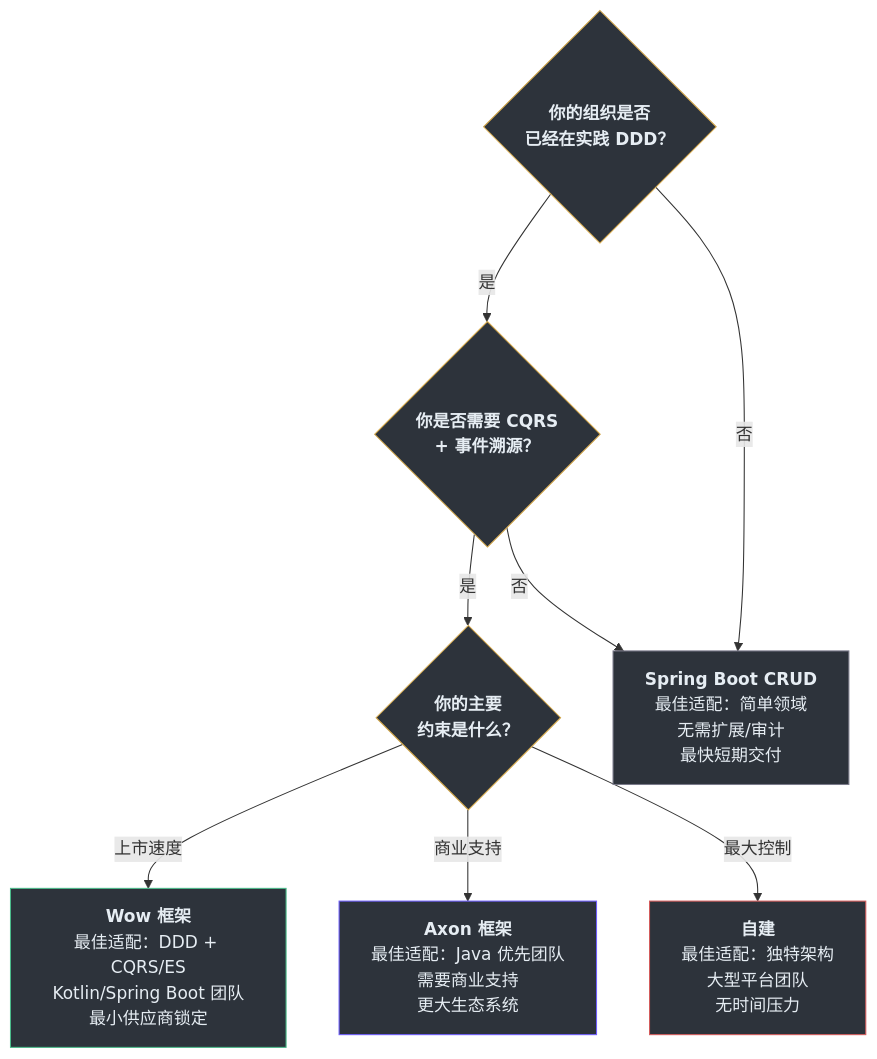
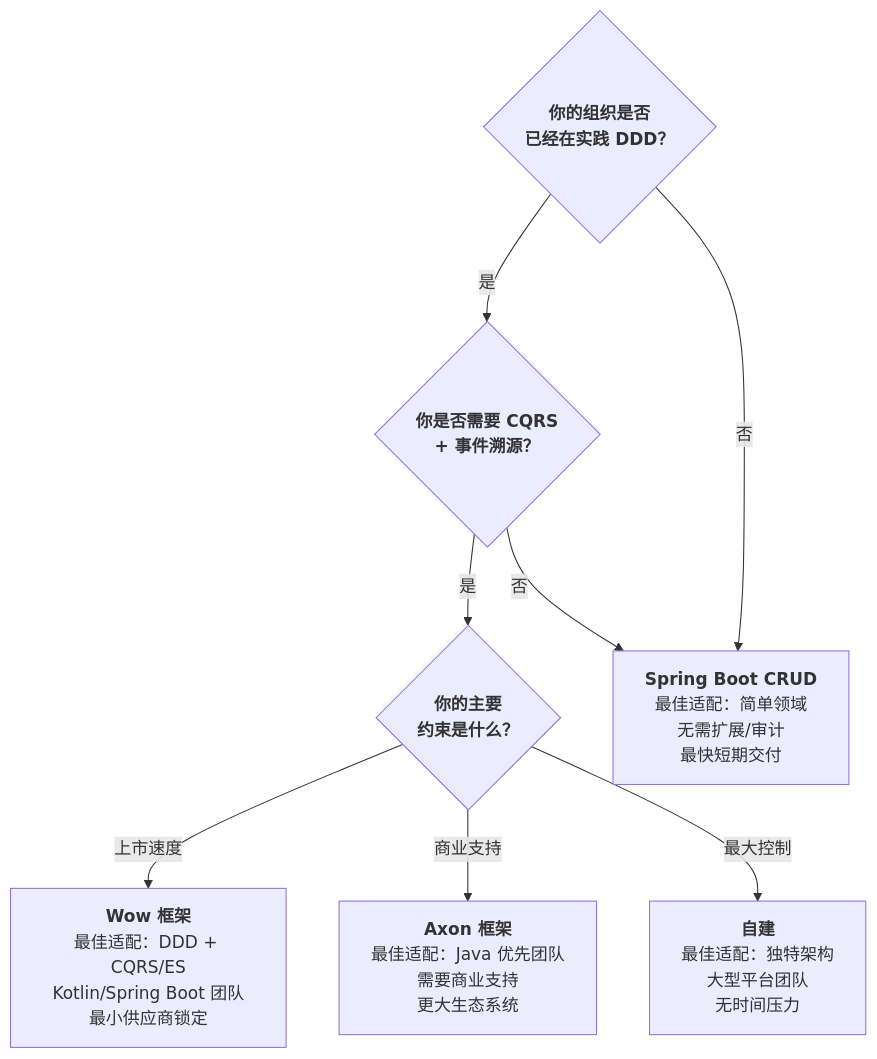
Before and after one commit to Ahoo-Wang/Wow: the sixth of 7 diagrams in documentation/docs/zh/onboarding/executive-guide.md, drawn with Mermaid. The commit also changed other lines of this file and 32 other files, not shown here.

Commit message:
docs: remove unsupported style/classDef directives from stateDiagram-v2 Mermaid blocks

````diff
--- a/documentation/docs/zh/onboarding/executive-guide.md
+++ b/documentation/docs/zh/onboarding/executive-guide.md
@@ -414,26 +370,19 @@
 ```mermaid
 flowchart TD
     Q1{"<b>你的组织是否<br>已经在实践 DDD？</b>"}
     Q2{"<b>你是否需要 CQRS<br>+ 事件溯源？</b>"}
     Q3{"<b>你的主要<br>约束是什么？</b>"}
     R_WOW["<b>Wow 框架</b><br>最佳适配：DDD + CQRS/ES<br>Kotlin/Spring Boot 团队<br>最小供应商锁定"]
     R_AXON["<b>Axon 框架</b><br>最佳适配：Java 优先团队<br>需要商业支持<br>更大生态系统"]
     R_BUILD["<b>自建</b><br>最佳适配：独特架构<br>大型平台团队<br>无时间压力"]
     R_SPRING["<b>Spring Boot CRUD</b><br>最佳适配：简单领域<br>无需扩展/审计<br>最快短期交付"]
 
     Q1 -->|"是"| Q2
     Q1 -->|"否"| R_SPRING
     Q2 -->|"是"| Q3
     Q2 -->|"否"| R_SPRING
     Q3 -->|"上市速度"| R_WOW
     Q3 -->|"商业支持"| R_AXON
     Q3 -->|"最大控制"| R_BUILD
 
-    style Q1 fill:#2d333b,stroke:#d4a84b,color:#e6edf3
-    style Q2 fill:#2d333b,stroke:#d4a84b,color:#e6edf3
-    style Q3 fill:#2d333b,stroke:#d4a84b,color:#e6edf3
-    style R_WOW fill:#2d333b,stroke:#4aba8a,color:#e6edf3
-    style R_AXON fill:#2d333b,stroke:#6d5dfc,color:#e6edf3
-    style R_BUILD fill:#2d333b,stroke:#d45b5b,color:#e6edf3
-    style R_SPRING fill:#2d333b,stroke:#7a7a8a,color:#e6edf3
 ```
````
